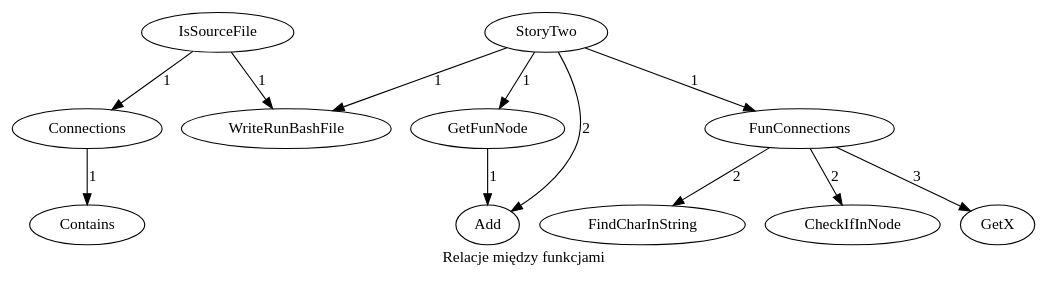
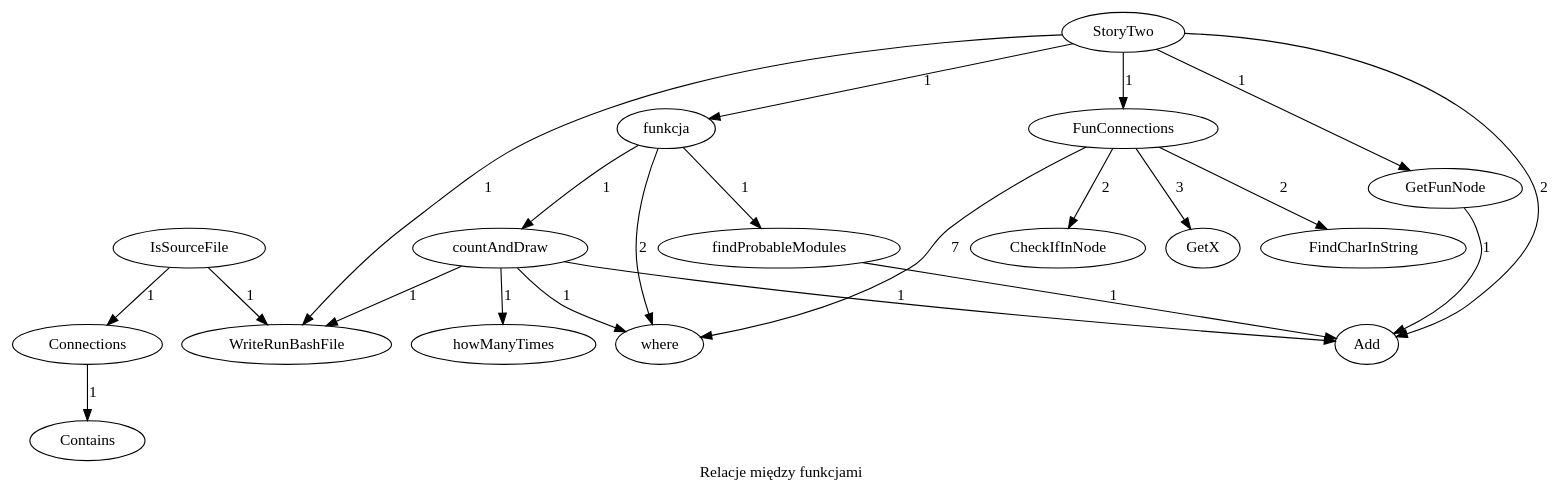
One commit to Work-In-Progress-Bananna-Knife/A-La-Projet-Un- changed the diagram in Data.gv. Above: the diagram before and after it, drawn with Graphviz. The commit also changed 15 other files, not shown here.

```diff
--- a/Data.gv
+++ b/Data.gv
@@ -1,13 +1,23 @@
 digraph foo{
 label ="Relacje między funkcjami""Connections" -> "Contains"[label =  "1"]
 "IsSourceFile" -> "WriteRunBashFile"[label =  "1"]
 "IsSourceFile" -> "Connections"[label =  "1"]
 "GetFunNode" -> "Add"[label =  "1"]
+"FunConnections" -> "where"[label =  "7"]
 "FunConnections" -> "FindCharInString"[label =  "2"]
 "FunConnections" -> "CheckIfInNode"[label =  "2"]
 "FunConnections" -> "GetX"[label =  "3"]
+"StoryTwo" -> "funkcja"[label =  "1"]
 "StoryTwo" -> "FunConnections"[label =  "1"]
 "StoryTwo" -> "GetFunNode"[label =  "1"]
 "StoryTwo" -> "WriteRunBashFile"[label =  "1"]
 "StoryTwo" -> "Add"[label =  "2"]
+"funkcja" -> "countAndDraw"[label =  "1"]
+"funkcja" -> "findProbableModules"[label =  "1"]
+"funkcja" -> "where"[label =  "2"]
+"findProbableModules" -> "Add"[label =  "1"]
+"countAndDraw" -> "WriteRunBashFile"[label =  "1"]
+"countAndDraw" -> "howManyTimes"[label =  "1"]
+"countAndDraw" -> "where"[label =  "1"]
+"countAndDraw" -> "Add"[label =  "1"]
 }
```
